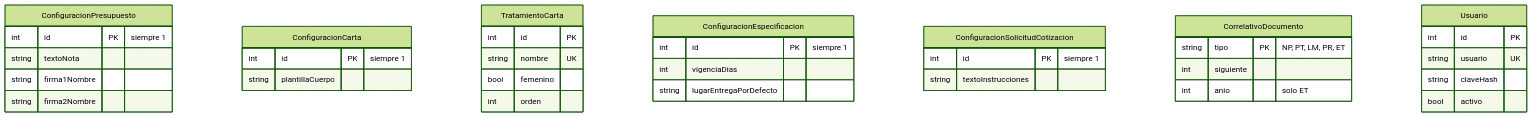
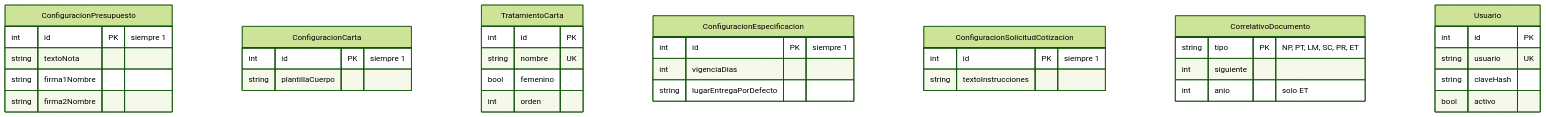
Before and after one commit to wilDC123/presupuestosRedes: the fifth of 5 diagrams in docs/modelo-logico-datos.md, drawn with Mermaid (forest theme). The commit also changed other lines of this file and 22 other files, not shown here.

````diff
--- a/docs/modelo-logico-datos.md
+++ b/docs/modelo-logico-datos.md
@@ -304,39 +304,39 @@
 ```mermaid
 erDiagram
     ConfiguracionPresupuesto {
         int id PK "siempre 1"
         string textoNota
         string firma1Nombre
         string firma2Nombre
     }
     ConfiguracionCarta {
         int id PK "siempre 1"
         string plantillaCuerpo
     }
     TratamientoCarta {
         int id PK
         string nombre UK
         bool femenino
         int orden
     }
     ConfiguracionEspecificacion {
         int id PK "siempre 1"
         int vigenciaDias
         string lugarEntregaPorDefecto
     }
     ConfiguracionSolicitudCotizacion {
         int id PK "siempre 1"
         string textoInstrucciones
     }
     CorrelativoDocumento {
-        string tipo PK "NP, PT, LM, PR, ET"
+        string tipo PK "NP, PT, LM, SC, PR, ET"
         int siguiente
         int anio "solo ET"
     }
     Usuario {
         int id PK
         string usuario UK
         string claveHash
         bool activo
     }
 ```
````
